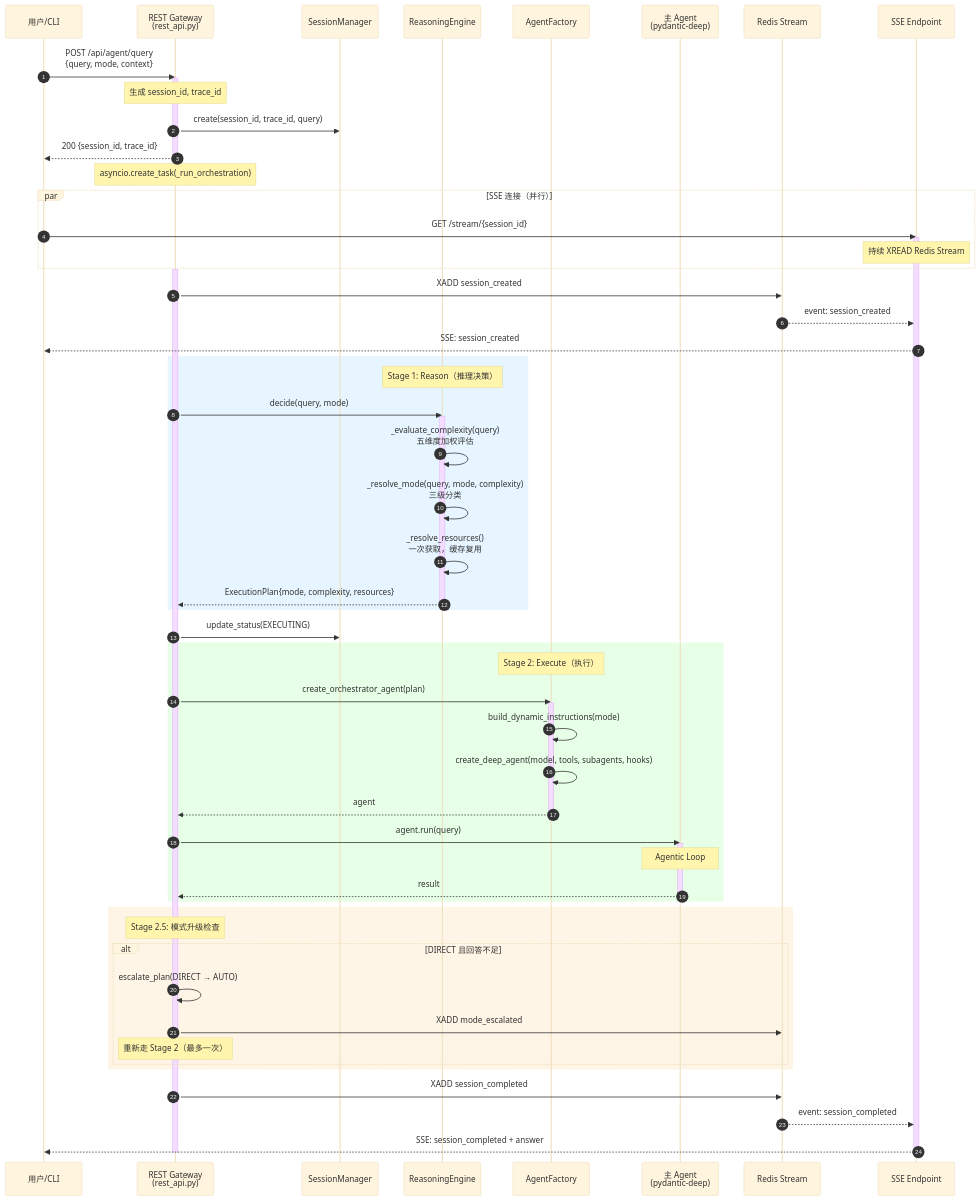
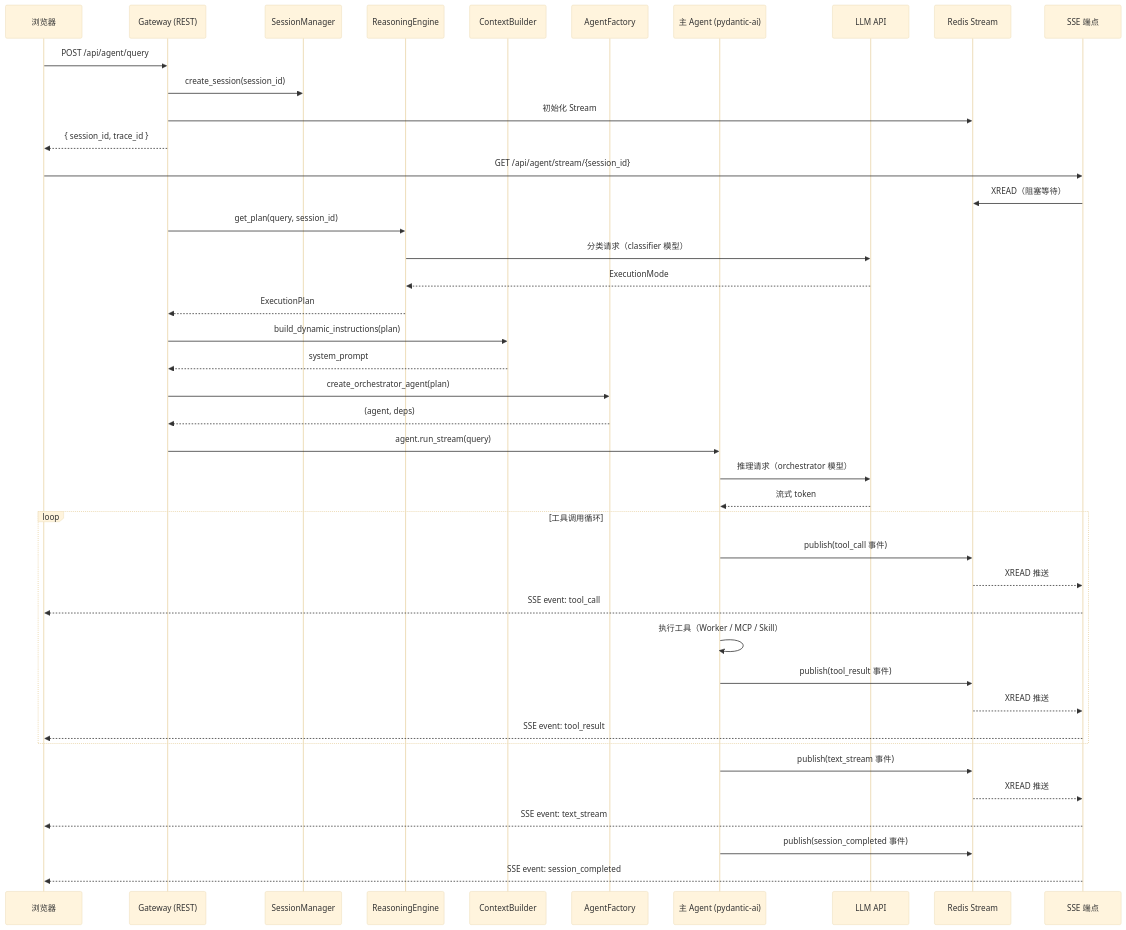
The first of 6 diagrams in doc-arch/04-runtime-flows.md (ryanSir/super-agent), drawn with Mermaid (base theme) before and after one commit. The commit also changed other lines of this file and 56 other files, not shown here.

Commit message:
重新生成架构文档补充技术架构图

````diff
--- a/doc-arch/04-runtime-flows.md
+++ b/doc-arch/04-runtime-flows.md
@@ -5,76 +5,53 @@
 ```mermaid
 sequenceDiagram
-    autonumber
-    participant User as 用户/CLI
-    participant GW as REST Gateway<br/>(rest_api.py)
+    participant U as 浏览器
+    participant GW as Gateway (REST)
     participant SM as SessionManager
     participant RE as ReasoningEngine
+    participant CTX as ContextBuilder
     participant AF as AgentFactory
-    participant Agent as 主 Agent<br/>(pydantic-deep)
-    participant Redis as Redis Stream
-    participant SSE as SSE Endpoint
+    participant AG as 主 Agent (pydantic-ai)
+    participant LLM as LLM API
+    participant SA as Redis Stream
+    participant SSE as SSE 端点
 
-    User->>GW: POST /api/agent/query<br/>{query, mode, context}
-    activate GW
-    Note over GW: 生成 session_id, trace_id
-    GW->>SM: create(session_id, trace_id, query)
-    GW-->>User: 200 {session_id, trace_id}
-    deactivate GW
+    U->>GW: POST /api/agent/query
+    GW->>SM: create_session(session_id)
+    GW->>SA: 初始化 Stream
+    GW-->>U: { session_id, trace_id }
 
-    Note over GW: asyncio.create_task(_run_orchestration)
+    U->>SSE: GET /api/agent/stream/{session_id}
+    SSE->>SA: XREAD（阻塞等待）
 
-    par SSE 连接（并行）
-        User->>SSE: GET /stream/{session_id}
-        activate SSE
-        Note over SSE: 持续 XREAD Redis Stream
+    GW->>RE: get_plan(query, session_id)
+    RE->>LLM: 分类请求（classifier 模型）
+    LLM-->>RE: ExecutionMode
+    RE-->>GW: ExecutionPlan
+
+    GW->>CTX: build_dynamic_instructions(plan)
+    CTX-->>GW: system_prompt
+
+    GW->>AF: create_orchestrator_agent(plan)
+    AF-->>GW: (agent, deps)
+
+    GW->>AG: agent.run_stream(query)
+    AG->>LLM: 推理请求（orchestrator 模型）
+    LLM-->>AG: 流式 token
+
+    loop 工具调用循环
+        AG->>SA: publish(tool_call 事件)
+        SA-->>SSE: XREAD 推送
+        SSE-->>U: SSE event: tool_call
+        AG->>AG: 执行工具（Worker / MCP / Skill）
+        AG->>SA: publish(tool_result 事件)
+        SA-->>SSE: XREAD 推送
+        SSE-->>U: SSE event: tool_result
     end
 
-    activate GW
-    GW->>Redis: XADD session_created
-    Redis-->>SSE: event: session_created
-    SSE-->>User: SSE: session_created
+    AG->>SA: publish(text_stream 事件)
+    SA-->>SSE: XREAD 推送
+    SSE-->>U: SSE event: text_stream
 
-    rect rgb(230, 245, 255)
-        Note over RE: Stage 1: Reason（推理决策）
-        GW->>RE: decide(query, mode)
-        activate RE
-        RE->>RE: _evaluate_complexity(query)<br/>五维度加权评估
-        RE->>RE: _resolve_mode(query, mode, complexity)<br/>三级分类
-        RE->>RE: _resolve_resources()<br/>一次获取，缓存复用
-        RE-->>GW: ExecutionPlan{mode, complexity, resources}
-        deactivate RE
-    end
-
-    GW->>SM: update_status(EXECUTING)
-
-    rect rgb(230, 255, 230)
-        Note over AF: Stage 2: Execute（执行）
-        GW->>AF: create_orchestrator_agent(plan)
-        activate AF
-        AF->>AF: build_dynamic_instructions(mode)
-        AF->>AF: create_deep_agent(model, tools, subagents, hooks)
-        AF-->>GW: agent
-        deactivate AF
-
-        GW->>Agent: agent.run(query)
-        activate Agent
-        Note over Agent: Agentic Loop
-        Agent-->>GW: result
-        deactivate Agent
-    end
-
-    rect rgb(255, 245, 230)
-        Note over GW: Stage 2.5: 模式升级检查
-        alt DIRECT 且回答不足
-            GW->>GW: escalate_plan(DIRECT → AUTO)
-            GW->>Redis: XADD mode_escalated
-            Note over GW: 重新走 Stage 2（最多一次）
-        end
-    end
-
-    GW->>Redis: XADD session_completed
-    Redis-->>SSE: event: session_completed
-    SSE-->>User: SSE: session_completed + answer
-    deactivate SSE
-    deactivate GW
+    AG->>SA: publish(session_completed 事件)
+    SSE-->>U: SSE event: session_completed
 ```
````
